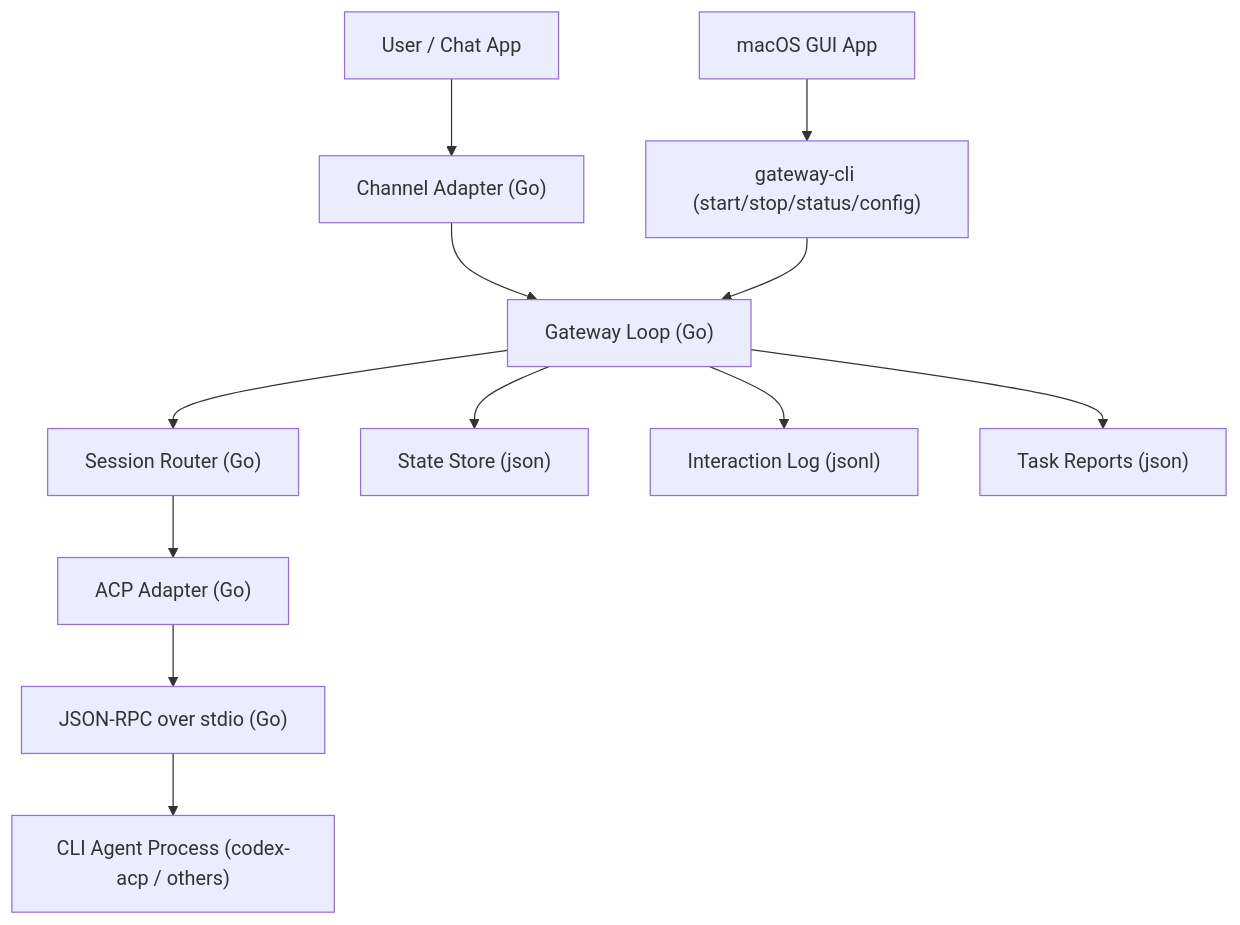
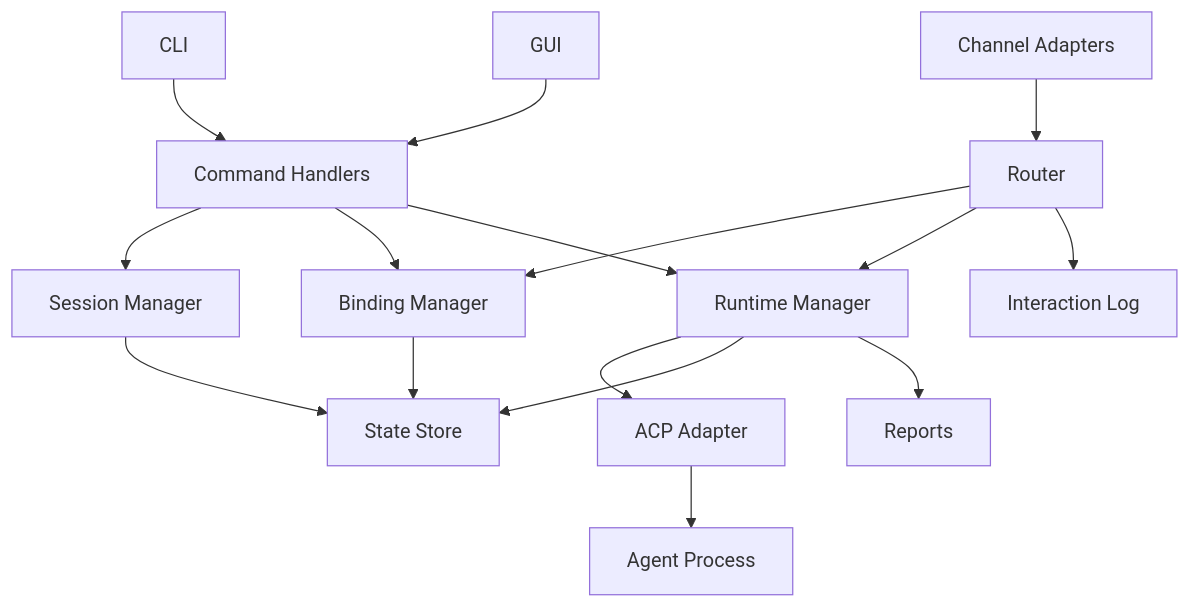
Before and after one commit to zhoushoujianwork/cli-agent-gateway: the diagram in docs/GO_BACKEND_ARCHITECTURE.md, drawn with Mermaid. The commit also changed other lines of this file and 32 other files, not shown here.

````diff
--- a/docs/GO_BACKEND_ARCHITECTURE.md
+++ b/docs/GO_BACKEND_ARCHITECTURE.md
@@ -17,14 +71,18 @@
 ```mermaid
 flowchart TD
-    U["User / Chat App"] --> C["Channel Adapter (Go)"]
-    C --> L["Gateway Loop (Go)"]
-    L --> R["Session Router (Go)"]
-    R --> A["ACP Adapter (Go)"]
-    A --> J["JSON-RPC over stdio (Go)"]
-    J --> P["CLI Agent Process (codex-acp / others)"]
-    L --> S["State Store (json)"]
-    L --> I["Interaction Log (jsonl)"]
-    L --> T["Task Reports (json)"]
-    M["macOS GUI App"] --> G["gateway-cli (start/stop/status/config)"]
-    G --> L
+    CLI["CLI"] --> API["Command Handlers"]
+    GUI["GUI"] --> API
+    CH["Channel Adapters"] --> RT["Router"]
+    API --> SM["Session Manager"]
+    API --> BM["Binding Manager"]
+    API --> RM["Runtime Manager"]
+    RT --> BM
+    RT --> RM
+    RM --> ACP["ACP Adapter"]
+    ACP --> AG["Agent Process"]
+    SM --> ST["State Store"]
+    BM --> ST
+    RM --> ST
+    RT --> IL["Interaction Log"]
+    RM --> RP["Reports"]
 ```
````
